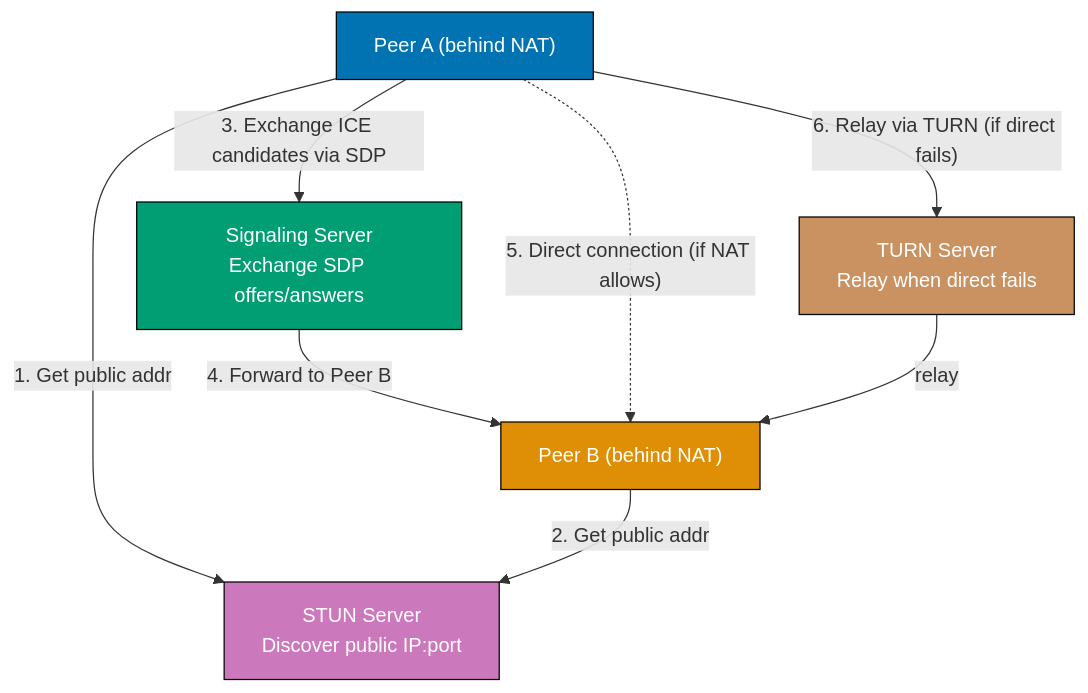
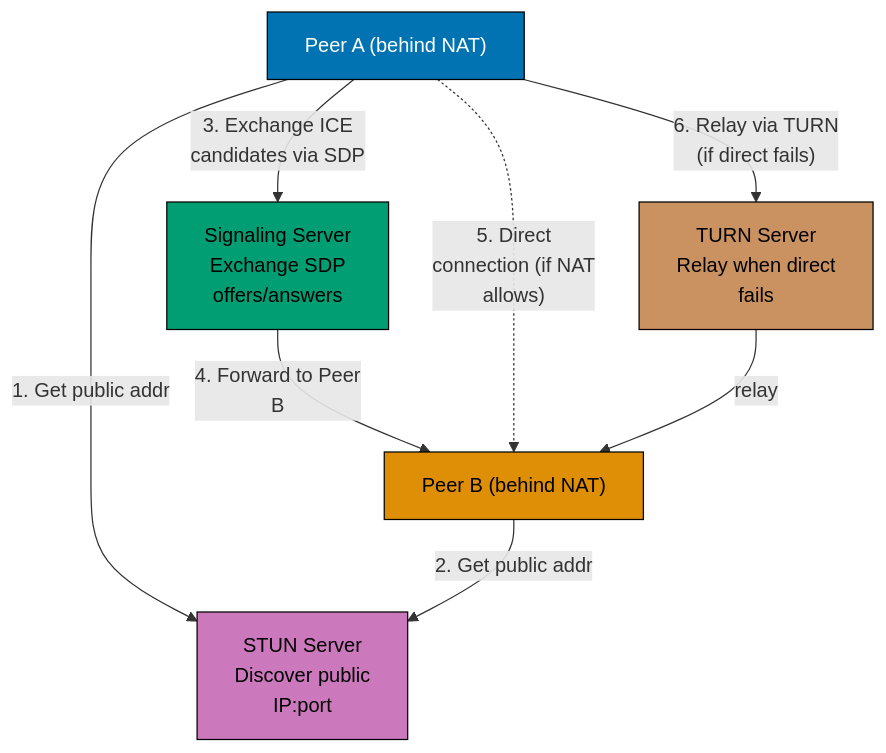
The fourth of 12 diagrams in apps/ayokoding-www/content/en/learn/legacy/software-engineering/networking/by-example/advanced.md (wahidyankf/ose-public), drawn with Mermaid before and after one commit. The commit also changed other lines of this file and 78 other files, not shown here.

First line of the commit message:
fix(mermaid): bring the remaining legacy software-engineering diagrams onto the accessible palette

````diff
--- a/apps/ayokoding-www/content/en/learn/legacy/software-engineering/networking/by-example/advanced.md
+++ b/apps/ayokoding-www/content/en/learn/legacy/software-engineering/networking/by-example/advanced.md
@@ -732,23 +755,31 @@
 ```mermaid
 %% Color Palette: Blue #0173B2, Orange #DE8F05, Teal #029E73, Purple #CC78BC, Brown #CA9161
 graph TD
+    accTitle: Example 64: WebRTC Overview — ICE, STUN, TURN
+    accDescr: Graph with 5 nodes and 7 connections. Nodes: Peer A (behind NAT), Peer B (behind NAT), Signaling Server Exchange SDP offers/answers, STUN Server Discover public IP:port, TURN Server Relay when direct fails. Connections: Peer A (behind NAT) to STUN Server Discover public IP:port (1. Get public addr), Peer B (behind NAT) to STUN Server Discover public IP:port (2. Get public addr), Peer A (behind NAT) to Signaling Server Exchange SDP offers/answers (3. Exchange ICE candidates via SDP), Signaling Server Exchange SDP offers/answers to Peer B (behind NAT) (4. Forward to Peer B), Peer A (behind NAT) to Peer B (behind NAT) (5. Direct connection (if NAT allows)), Peer A (behind NAT) to TURN Server Relay when direct fails (6. Relay via TURN (if direct fails)), TURN Server Relay when direct fails to Peer B (behind NAT) (relay).
     A["Peer A (behind NAT)"]
     B["Peer B (behind NAT)"]
-    SIG["Signaling Server<br/>Exchange SDP offers/answers"]
-    STUN["STUN Server<br/>Discover public IP:port"]
-    TURN["TURN Server<br/>Relay when direct fails"]
+    SIG["Signaling Server<br/>Exchange SDP<br/>offers/answers"]
+    STUN["STUN Server<br/>Discover public<br/>IP:port"]
+    TURN["TURN Server<br/>Relay when direct<br/>fails"]
 
     A -->|"1. Get public addr"| STUN
     B -->|"2. Get public addr"| STUN
-    A -->|"3. Exchange ICE candidates via SDP"| SIG
-    SIG -->|"4. Forward to Peer B"| B
-    A -.->|"5. Direct connection (if NAT allows)"| B
-    A -->|"6. Relay via TURN (if direct fails)"| TURN
+    A -->|"3. Exchange ICE<br/>candidates via SDP"| SIG
+    SIG -->|"4. Forward to Peer<br/>B"| B
+    A -.->|"5. Direct<br/>connection (if NAT<br/>allows)"| B
+    A -->|"6. Relay via TURN<br/>(if direct fails)"| TURN
     TURN -->|"relay"| B
 
-    style A fill:#0173B2,stroke:#000,color:#fff
-    style B fill:#DE8F05,stroke:#000,color:#fff
-    style SIG fill:#029E73,stroke:#000,color:#fff
-    style STUN fill:#CC78BC,stroke:#000,color:#fff
-    style TURN fill:#CA9161,stroke:#000,color:#fff
+    classDef pal-0173B2 fill:#0173B2,stroke:#000000,color:#FFFFFF
+    class A pal-0173B2
+    classDef pal-DE8F05 fill:#DE8F05,stroke:#000000,color:#000000
+    class B pal-DE8F05
+    classDef pal-029E73 fill:#029E73,stroke:#000000,color:#000000
+    class SIG pal-029E73
+    classDef pal-CC78BC fill:#CC78BC,stroke:#000000,color:#000000
+    class STUN pal-CC78BC
+    classDef pal-CA9161 fill:#CA9161,stroke:#000000,color:#000000
+    class TURN pal-CA9161
+    classDef default fill:#FFFFFF,stroke:#000000,color:#000000
 ```
````
